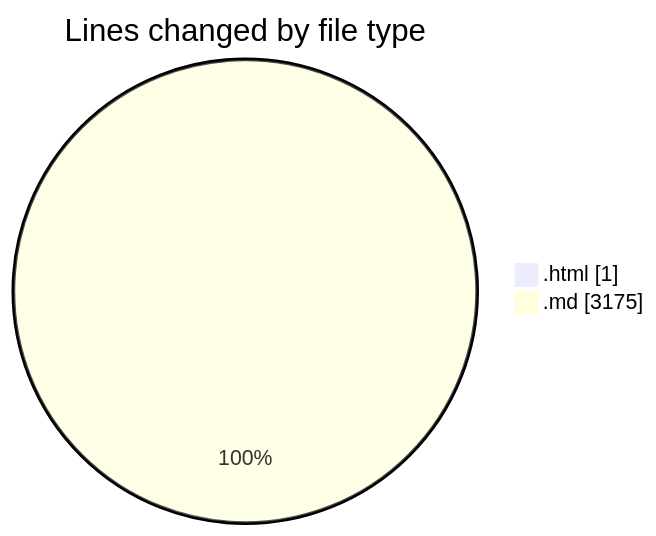
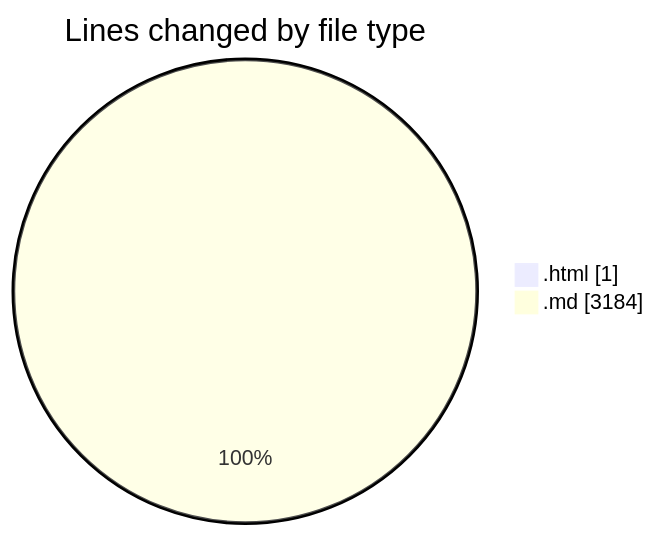
Before and after one commit to Ritupan-Deka/code-tracking: the first of 2 diagrams in 2025-07-08/urlwebwala_intership_work/README.md, drawn with Mermaid. The commit also changed other lines of this file and 1 other file, not shown here.

````diff
--- a/2025-07-08/urlwebwala_intership_work/README.md
+++ b/2025-07-08/urlwebwala_intership_work/README.md
@@ -21,6 +21,6 @@
 ```mermaid
 pie showData
 title Lines changed by file type
 ".html" : 1
-".md" : 3175
+".md" : 3184
 ```
````
